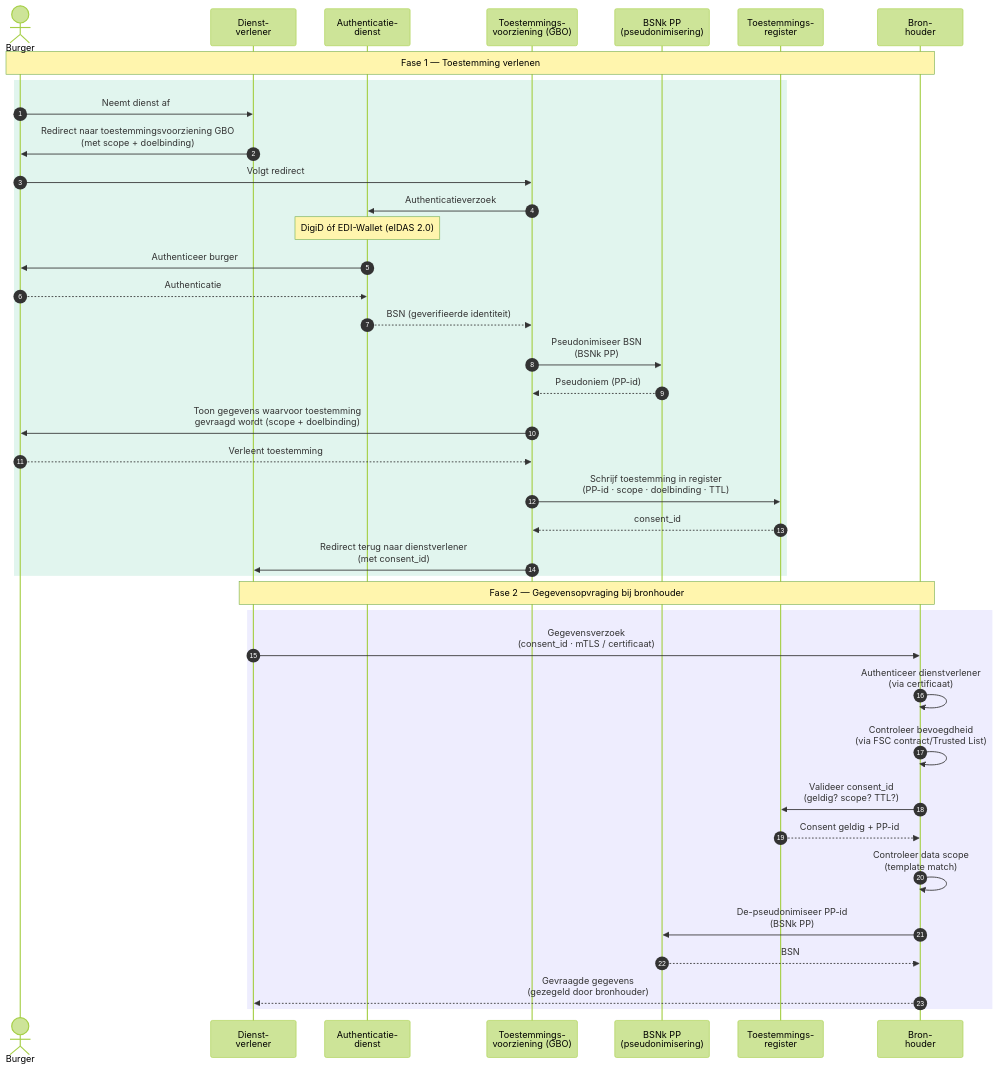
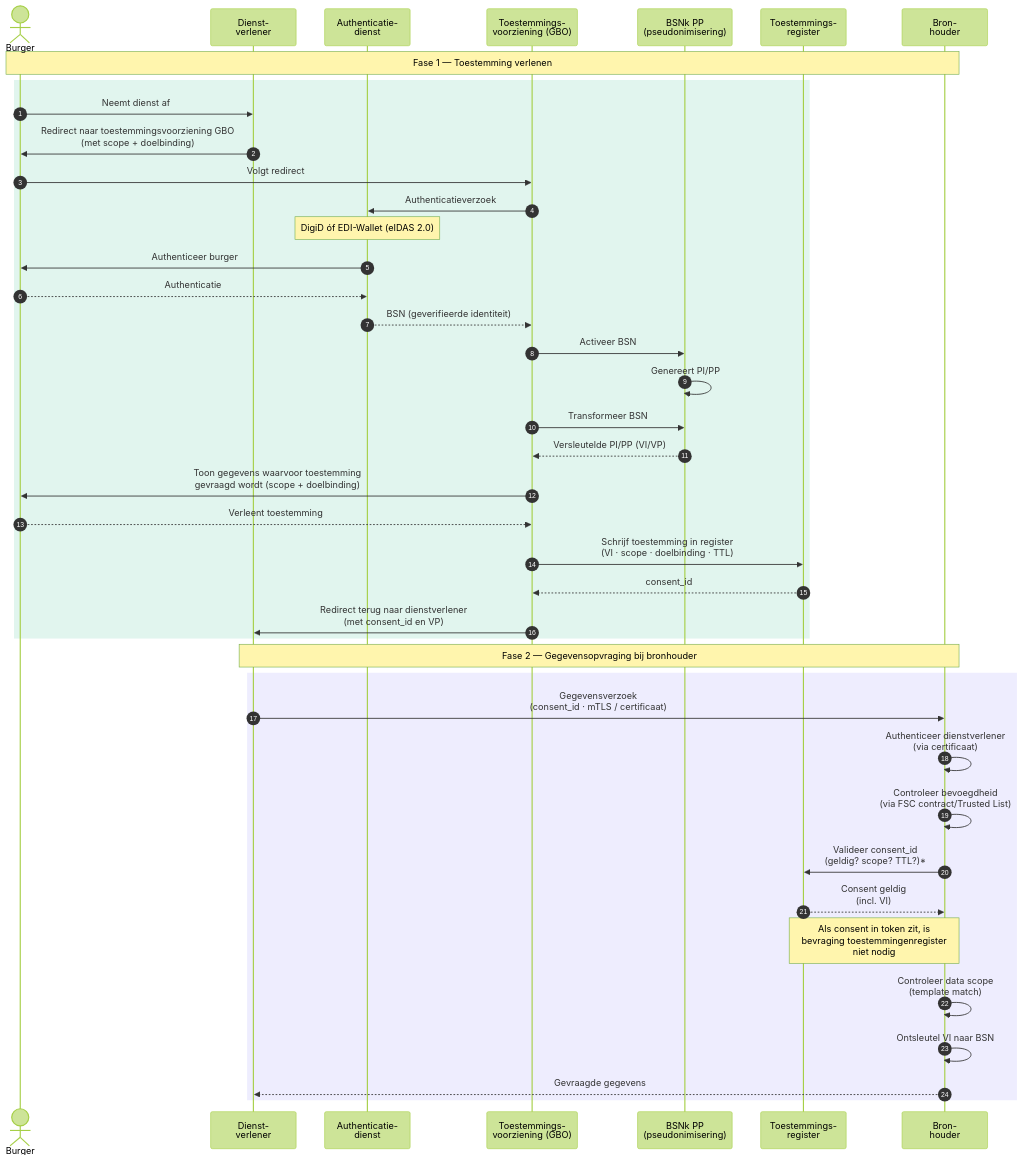
The diagram in pr-preview/pr-6/diagrammen/interactiepatroon-PP-haalt-gegevens-op.mmd (ICTU/GBO-GO), drawn with Mermaid (forest theme) before and after one commit. The commit also changed 8 other files, not shown here.

````diff
--- a/pr-preview/pr-6/diagrammen/interactiepatroon-PP-haalt-gegevens-op.mmd
+++ b/pr-preview/pr-6/diagrammen/interactiepatroon-PP-haalt-gegevens-op.mmd
@@ -1,47 +1,49 @@
 ``` mermaid
 
 sequenceDiagram
     autonumber
     actor Burger
     participant DV as Dienst-<br/>verlener
     participant Auth as Authenticatie-<br/>dienst
     participant TV as Toestemmings-<br/>voorziening (GBO)
     participant PP as BSNk PP<br/>(pseudonimisering)
     participant TR as Toestemmings-<br/>register
     participant BRH as Bron-<br/>houder
 
     Note over Burger,BRH: Fase 1 — Toestemming verlenen
 
     rect rgb(225, 245, 238)
         Burger->>DV: Neemt dienst af
         DV->>Burger: Redirect naar toestemmingsvoorziening GBO<br/>(met scope + doelbinding)
         Burger->>TV: Volgt redirect
         TV->>Auth: Authenticatieverzoek
         Note over Auth: DigiD óf EDI-Wallet (eIDAS 2.0)
         Auth->>Burger: Authenticeer burger
         Burger-->>Auth: Authenticatie
         Auth-->>TV: BSN (geverifieerde identiteit)
-        TV->>PP: Pseudonimiseer BSN<br/>(BSNk PP)
-        PP-->>TV: Pseudoniem (PP-id)
+        TV->>PP: Activeer BSN
+        PP->>PP: Genereert PI/PP
+        TV->>PP: Transformeer BSN
+        PP-->>TV: Versleutelde PI/PP (VI/VP)
         TV->>Burger: Toon gegevens waarvoor toestemming<br/>gevraagd wordt (scope + doelbinding)
         Burger-->>TV: Verleent toestemming
-        TV->>TR: Schrijf toestemming in register<br/>(PP-id · scope · doelbinding · TTL)
+        TV->>TR: Schrijf toestemming in register<br/>(VI · scope · doelbinding · TTL)
         TR-->>TV: consent_id
-        TV->>DV: Redirect terug naar dienstverlener<br/>(met consent_id)
+        TV->>DV: Redirect terug naar dienstverlener<br/>(met consent_id en VP)
     end
 
     Note over DV,BRH: Fase 2 — Gegevensopvraging bij bronhouder
 
     rect rgb(238, 237, 254)
         DV->>BRH: Gegevensverzoek<br/>(consent_id · mTLS / certificaat)
         BRH->>BRH: Authenticeer dienstverlener<br />(via certificaat)
         BRH->>BRH: Controleer bevoegdheid<br />(via FSC contract/Trusted List)
-        BRH->>TR: Valideer consent_id<br/>(geldig? scope? TTL?)
-        TR-->>BRH: Consent geldig + PP-id
+        BRH->>TR: Valideer consent_id<br/>(geldig? scope? TTL?)*
+        TR-->>BRH: Consent geldig<br />(incl. VI)
+        Note over TR, BRH: Als consent in token zit, is<br/>bevraging toestemmingenregister<br />niet nodig
         BRH->>BRH: Controleer data scope<br />(template match)
-        BRH->>PP: De-pseudonimiseer PP-id<br/>(BSNk PP)
-        PP-->>BRH: BSN
-        BRH-->>DV: Gevraagde gegevens<br/>(gezegeld door bronhouder)
+        BRH->>BRH: Ontsleutel VI naar BSN
+        BRH-->>DV: Gevraagde gegevens
     end
 
 ```
````
